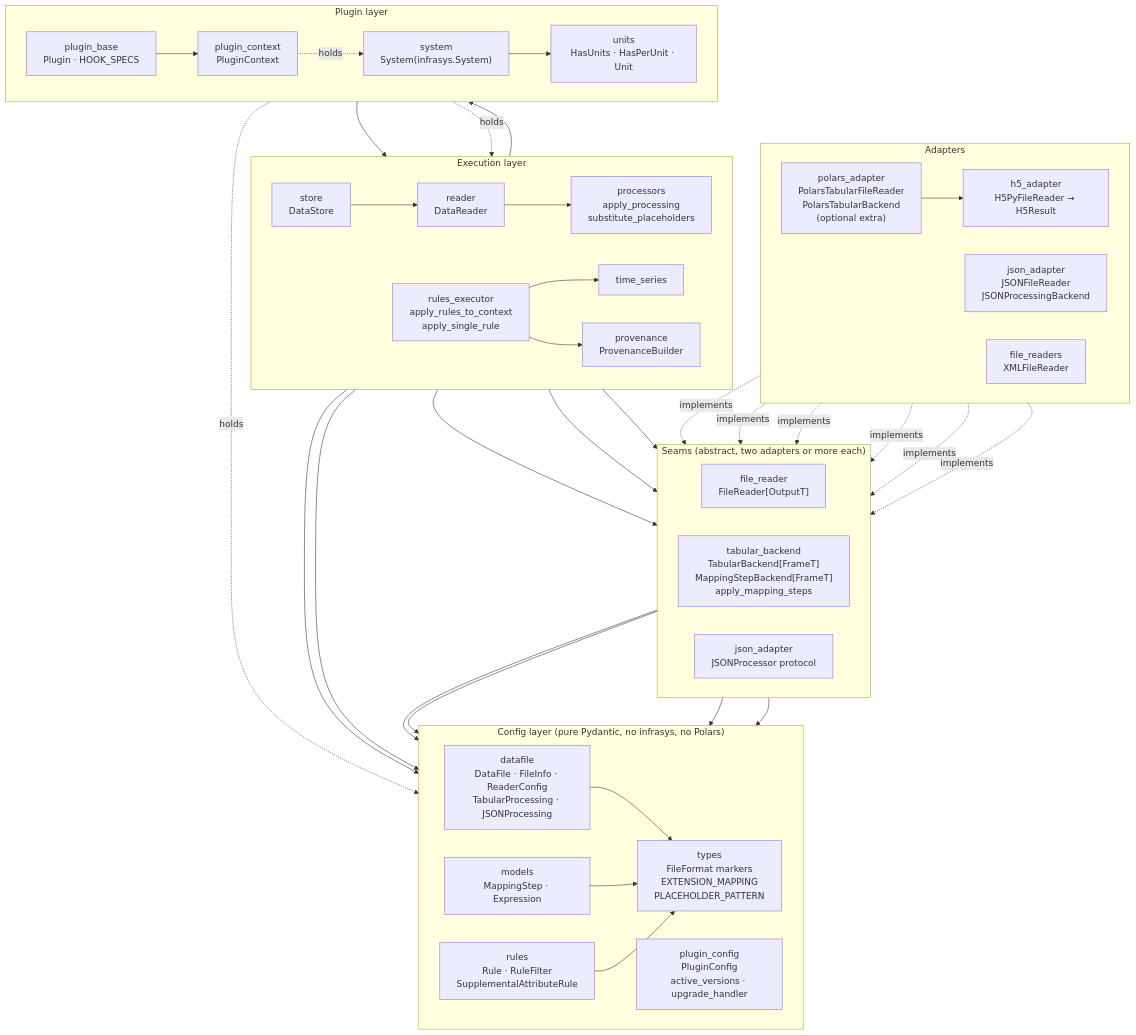
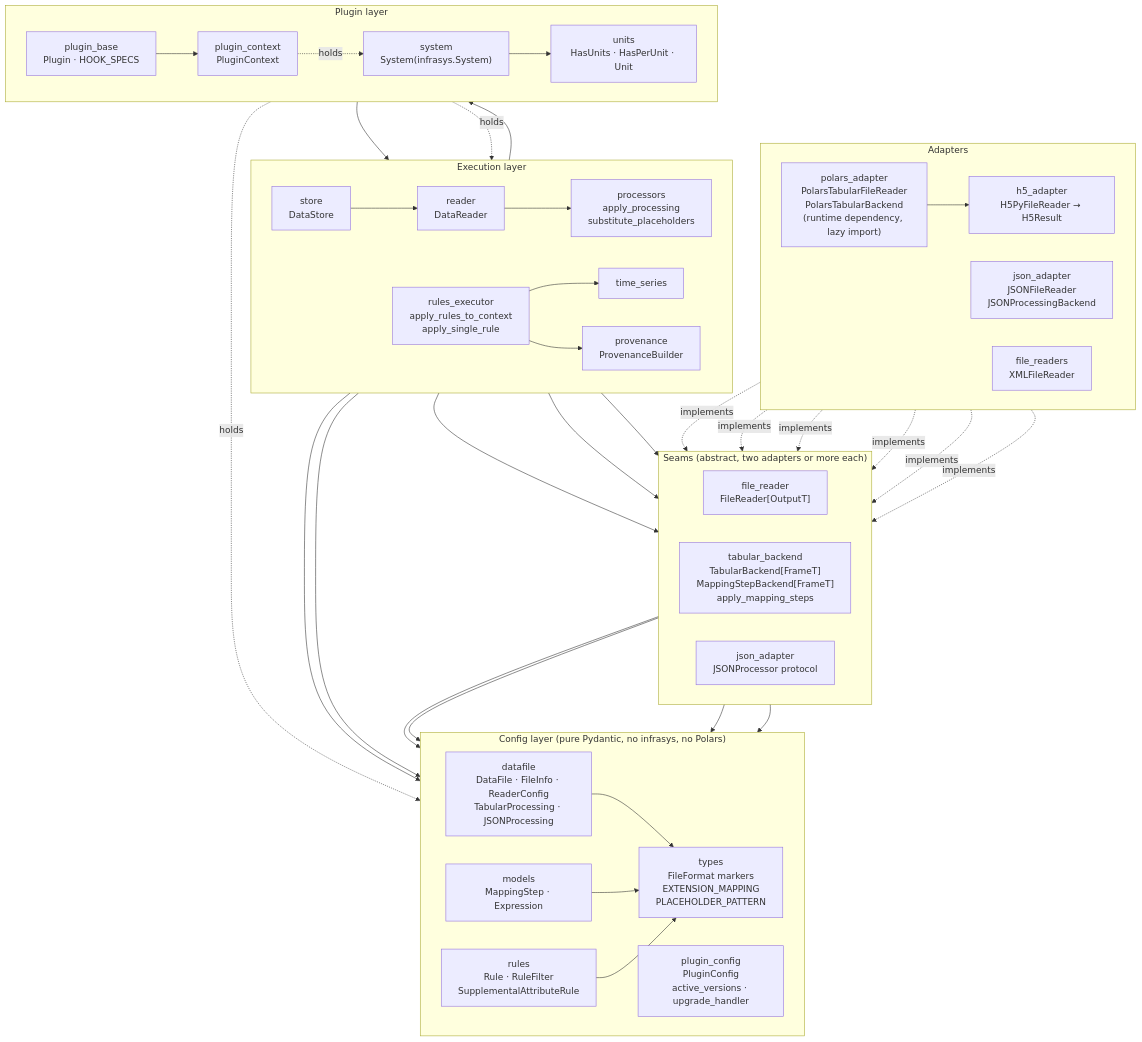
Before and after one commit to NatLabRockies/r2x-core: the first of 5 diagrams in docs/src/content/docs/explanations/architecture.md, drawn with Mermaid. The commit also changed other lines of this file and 20 other files, not shown here.

````diff
--- a/docs/src/content/docs/explanations/architecture.md
+++ b/docs/src/content/docs/explanations/architecture.md
@@ -13,75 +13,75 @@
 ```mermaid
 flowchart TB
     subgraph config["Config layer (pure Pydantic, no infrasys, no Polars)"]
         direction LR
         types["types<br/>FileFormat markers<br/>EXTENSION_MAPPING<br/>PLACEHOLDER_PATTERN"]
         datafile["datafile<br/>DataFile · FileInfo · ReaderConfig<br/>TabularProcessing · JSONProcessing"]
         models["models<br/>MappingStep · Expression"]
         rules["rules<br/>Rule · RuleFilter<br/>SupplementalAttributeRule"]
         plugin_config["plugin_config<br/>PluginConfig<br/>active_versions · upgrade_handler"]
     end
 
     subgraph seams["Seams (abstract, two adapters or more each)"]
         direction LR
         file_reader["file_reader<br/>FileReader[OutputT]"]
         tabular_backend["tabular_backend<br/>TabularBackend[FrameT]<br/>MappingStepBackend[FrameT]<br/>apply_mapping_steps"]
         json_processor["json_adapter<br/>JSONProcessor protocol"]
     end
 
     subgraph adapters["Adapters"]
         direction LR
-        polars["polars_adapter<br/>PolarsTabularFileReader<br/>PolarsTabularBackend<br/>(optional extra)"]
+        polars["polars_adapter<br/>PolarsTabularFileReader<br/>PolarsTabularBackend<br/>(runtime dependency, lazy import)"]
         h5["h5_adapter<br/>H5PyFileReader → H5Result"]
         json["json_adapter<br/>JSONFileReader<br/>JSONProcessingBackend"]
         xml["file_readers<br/>XMLFileReader"]
     end
 
     subgraph exec["Execution layer"]
         direction LR
         reader["reader<br/>DataReader"]
         processors["processors<br/>apply_processing<br/>substitute_placeholders"]
         store["store<br/>DataStore"]
         rules_executor["rules_executor<br/>apply_rules_to_context<br/>apply_single_rule"]
         time_series["time_series"]
         provenance["provenance<br/>ProvenanceBuilder"]
     end
 
     subgraph plugin["Plugin layer"]
         direction LR
         plugin_context["plugin_context<br/>PluginContext"]
         plugin_base["plugin_base<br/>Plugin · HOOK_SPECS"]
         system["system<br/>System(infrasys.System)"]
         units["units<br/>HasUnits · HasPerUnit · Unit"]
     end
 
     datafile --> types
     models --> types
     rules --> types
     file_reader --> datafile
     tabular_backend --> datafile
     tabular_backend --> models
     json_processor --> datafile
     polars -.->|implements| file_reader
     polars -.->|implements| tabular_backend
     polars --> h5
     h5 -.->|implements| file_reader
     json -.->|implements| file_reader
     json -.->|implements| json_processor
     xml -.->|implements| file_reader
     reader --> file_reader
     reader --> processors
     processors --> tabular_backend
     processors --> json_processor
     store --> reader
     store --> plugin_config
     rules_executor --> rules
     rules_executor --> plugin_context
     rules_executor --> time_series
     rules_executor --> provenance
     plugin_base --> plugin_context
     system --> units
     system --> provenance
     plugin_context -.->|holds| store
     plugin_context -.->|holds| system
     plugin_context -.->|holds| rules
 ```
````
